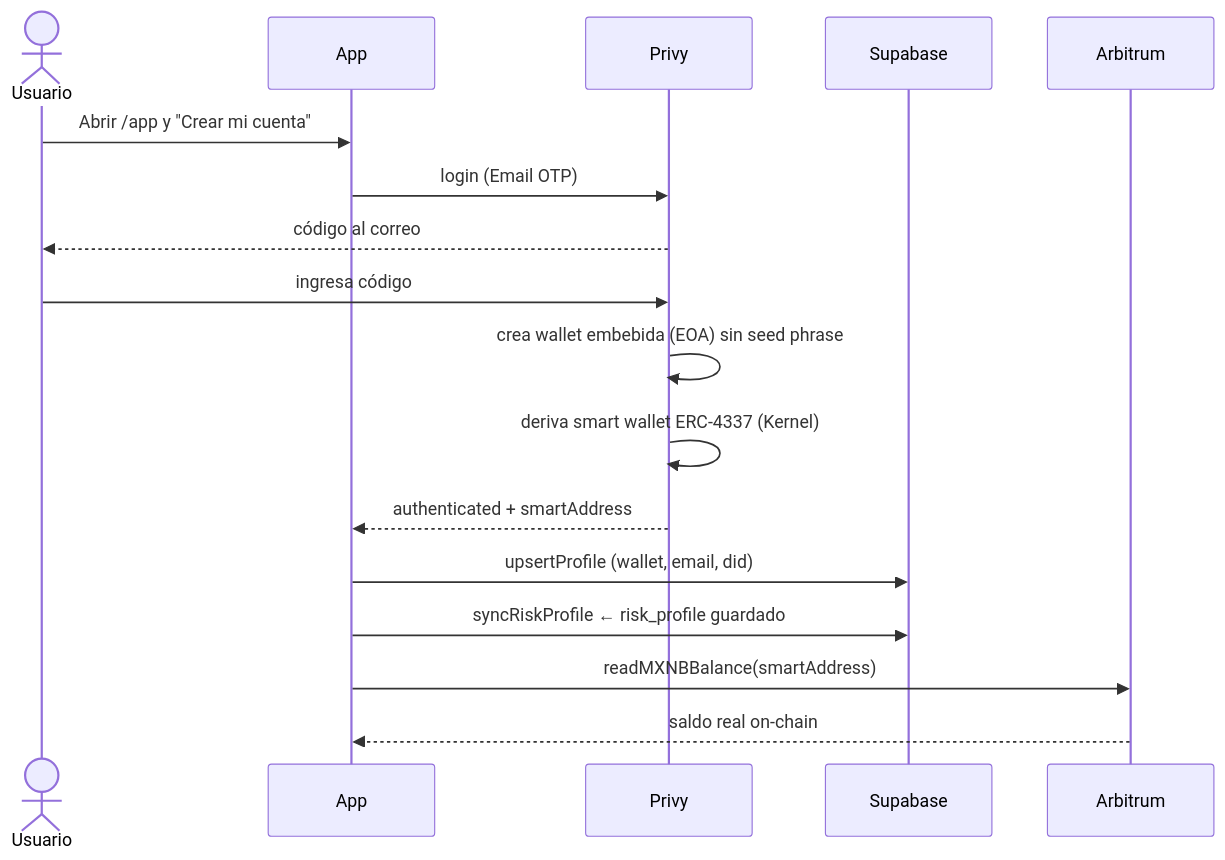
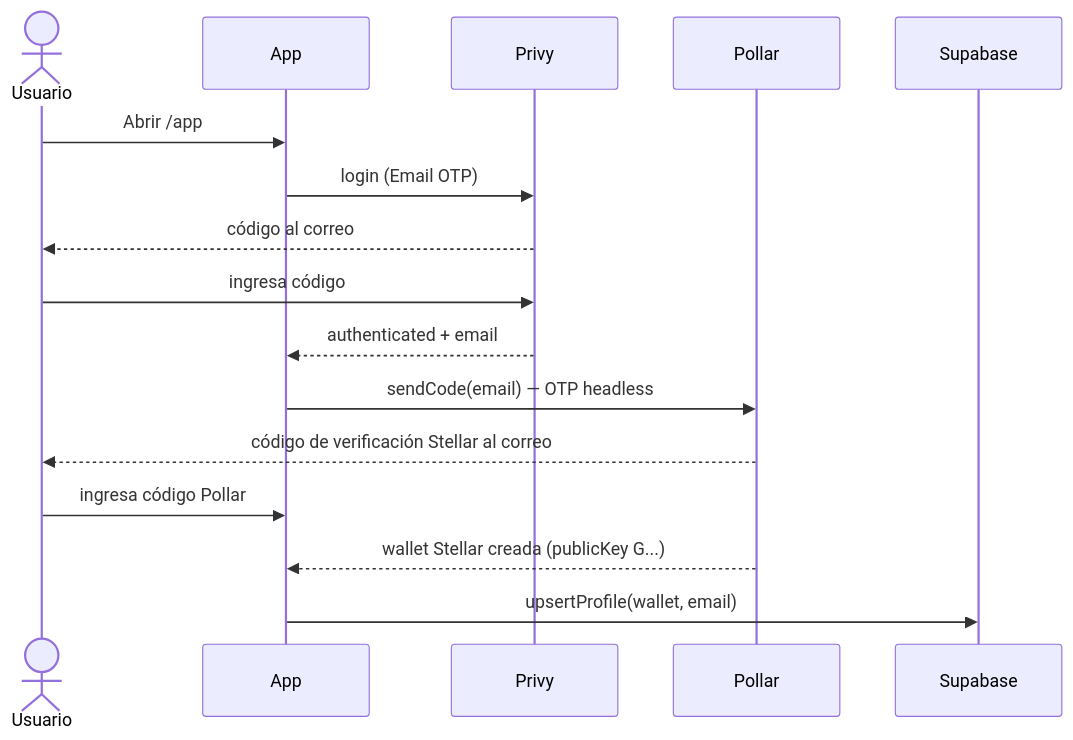
One commit to Seyfert-Labs/SEYF-P changed the second of 5 diagrams in README.md. Above: the diagram before and after it, drawn with Mermaid. The commit also changed other lines of this file and 1 other file, not shown here.

First line of the commit message:
docs: update READMEs to reflect Stellar/DeFindex/Soroswap/Etherfuse architecture

````diff
--- a/README.md
+++ b/README.md
@@ -156,19 +145,18 @@
 ```mermaid
 sequenceDiagram
     actor U as Usuario
     participant App
     participant Privy
+    participant Pollar
     participant SB as Supabase
-    participant Arb as Arbitrum
-    U->>App: Abrir /app y "Crear mi cuenta"
+    U->>App: Abrir /app
     App->>Privy: login (Email OTP)
     Privy-->>U: código al correo
     U->>Privy: ingresa código
-    Privy->>Privy: crea wallet embebida (EOA) sin seed phrase
-    Privy->>Privy: deriva smart wallet ERC-4337 (Kernel)
-    Privy-->>App: authenticated + smartAddress
-    App->>SB: upsertProfile (wallet, email, did)
-    App->>SB: syncRiskProfile ← risk_profile guardado
-    App->>Arb: readMXNBBalance(smartAddress)
-    Arb-->>App: saldo real on-chain
+    Privy-->>App: authenticated + email
+    App->>Pollar: sendCode(email) — OTP headless
+    Pollar-->>U: código de verificación Stellar al correo
+    U->>App: ingresa código Pollar
+    Pollar-->>App: wallet Stellar creada (publicKey G...)
+    App->>SB: upsertProfile(wallet, email)
 ```
````
